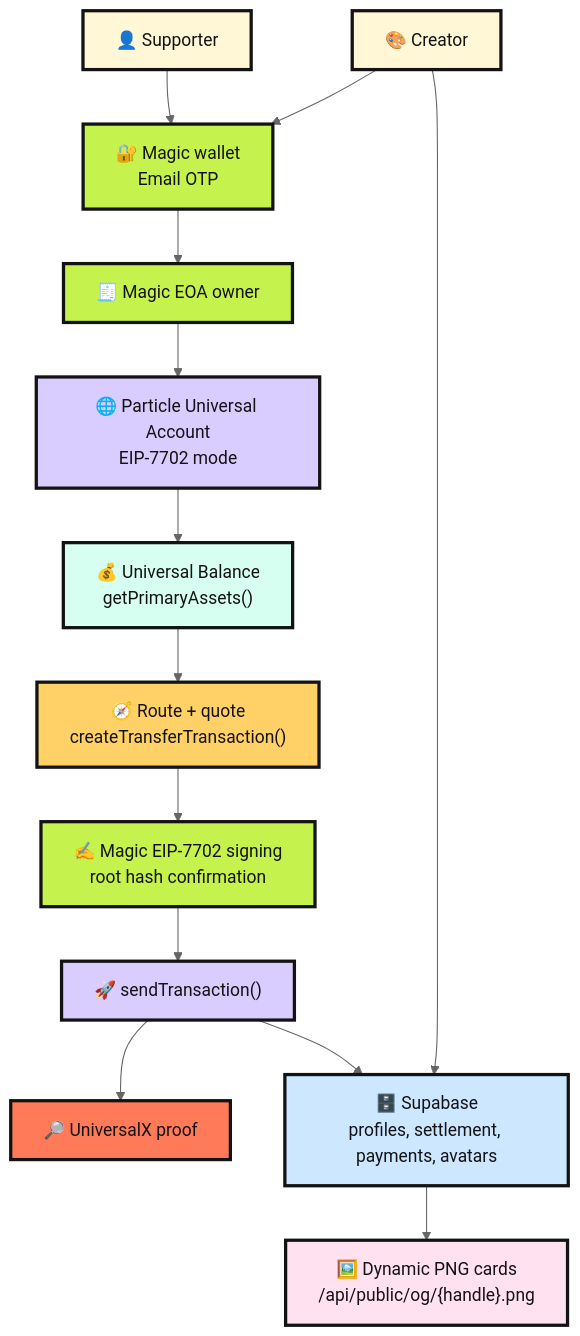
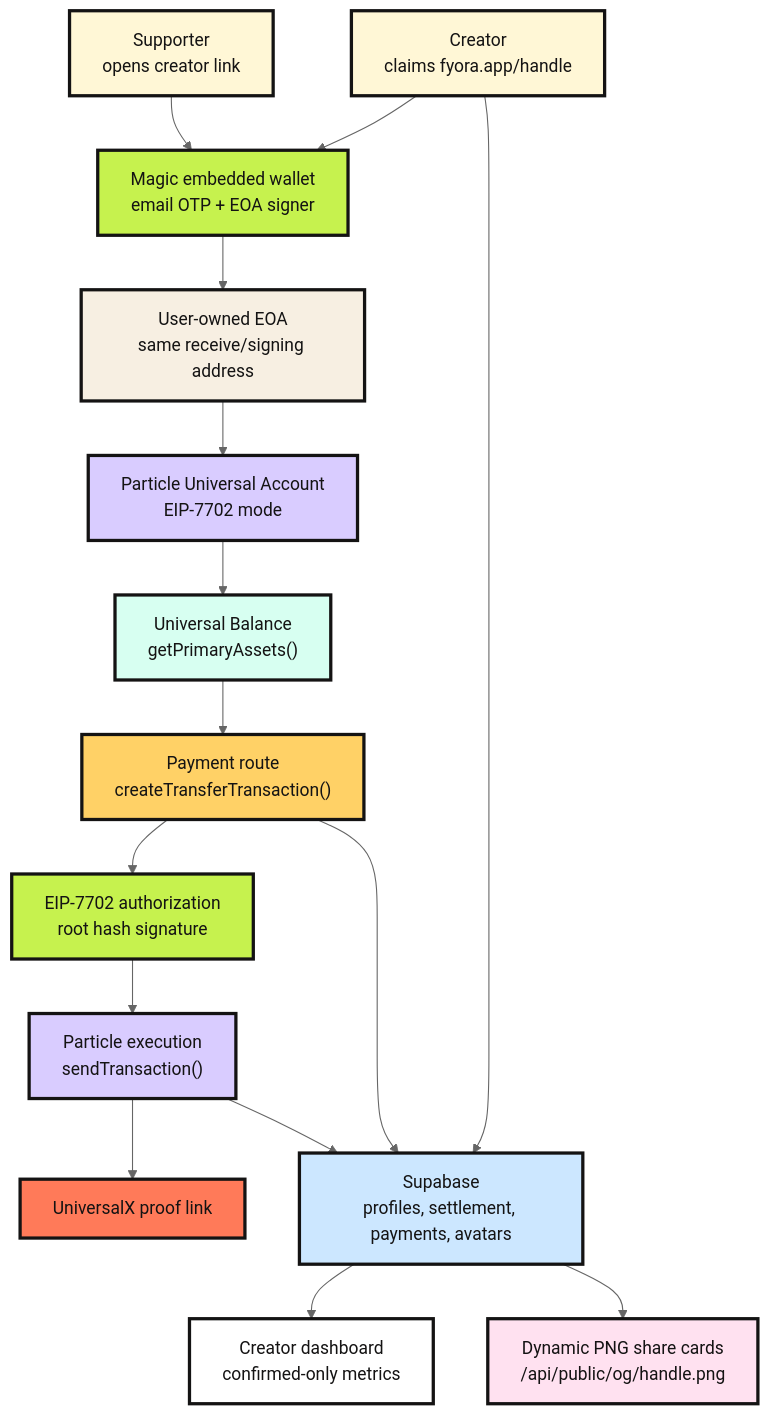
Before and after one commit to NikhilRaikwar/Fyora: the first of 2 diagrams in README.md, drawn with Mermaid (neutral theme). The commit also changed other lines of this file, not shown here.

````diff
--- a/README.md
+++ b/README.md
@@ -33,31 +44,35 @@
 ```mermaid
 flowchart TD
-  Supporter["👤 Supporter"]:::person
-  Creator["🎨 Creator"]:::person
-  Auth["🔐 Magic wallet<br/>Email OTP"]:::wallet
-  EOA["🧾 Magic EOA owner"]:::wallet
-  UA["🌐 Particle Universal Account<br/>EIP-7702 mode"]:::particle
-  Balance["💰 Universal Balance<br/>getPrimaryAssets()"]:::money
-  Quote["🧭 Route + quote<br/>createTransferTransaction()"]:::route
-  Sign["✍️ Magic EIP-7702 signing<br/>root hash confirmation"]:::wallet
-  Send["🚀 sendTransaction()"]:::particle
-  UniversalX["🔎 UniversalX proof"]:::proof
-  Supabase["🗄️ Supabase<br/>profiles, settlement, payments, avatars"]:::db
-  OG["🖼️ Dynamic PNG cards<br/>/api/public/og/{handle}.png"]:::media
+  Creator["Creator<br/>claims fyora.app/handle"]:::person
+  Supporter["Supporter<br/>opens creator link"]:::person
+  Magic["Magic embedded wallet<br/>email OTP + EOA signer"]:::magic
+  EOA["User-owned EOA<br/>same receive/signing address"]:::wallet
+  ParticleUA["Particle Universal Account<br/>EIP-7702 mode"]:::particle
+  Balance["Universal Balance<br/>getPrimaryAssets()"]:::money
+  Quote["Payment route<br/>createTransferTransaction()"]:::route
+  Sign["EIP-7702 authorization<br/>root hash signature"]:::magic
+  Execute["Particle execution<br/>sendTransaction()"]:::particle
+  UniversalX["UniversalX proof link"]:::proof
+  Supabase["Supabase<br/>profiles, settlement, payments, avatars"]:::db
+  Cards["Dynamic PNG share cards<br/>/api/public/og/handle.png"]:::media
+  Dashboard["Creator dashboard<br/>confirmed-only metrics"]:::ui
 
-  Creator --> Auth --> EOA --> UA
-  Supporter --> Auth
-  UA --> Balance --> Quote --> Sign --> Send --> UniversalX
-  Send --> Supabase
+  Creator --> Magic --> EOA --> ParticleUA
+  Supporter --> Magic
+  ParticleUA --> Balance --> Quote --> Sign --> Execute --> UniversalX
   Creator --> Supabase
-  Supabase --> OG
+  Quote --> Supabase
+  Execute --> Supabase --> Dashboard
+  Supabase --> Cards
 
   classDef person fill:#fff7d6,stroke:#141313,stroke-width:3px,color:#141313;
+  classDef magic fill:#c6f24e,stroke:#141313,stroke-width:3px,color:#141313;
+  classDef wallet fill:#f7efe2,stroke:#141313,stroke-width:3px,color:#141313;
   classDef particle fill:#d9ccff,stroke:#141313,stroke-width:3px,color:#141313;
-  classDef wallet fill:#c6f24e,stroke:#141313,stroke-width:3px,color:#141313;
   classDef money fill:#d7fff1,stroke:#141313,stroke-width:3px,color:#141313;
   classDef route fill:#ffd166,stroke:#141313,stroke-width:3px,color:#141313;
   classDef proof fill:#ff7a59,stroke:#141313,stroke-width:3px,color:#141313;
   classDef db fill:#cce7ff,stroke:#141313,stroke-width:3px,color:#141313;
   classDef media fill:#ffe1f0,stroke:#141313,stroke-width:3px,color:#141313;
+  classDef ui fill:#ffffff,stroke:#141313,stroke-width:3px,color:#141313;
 ```
````
